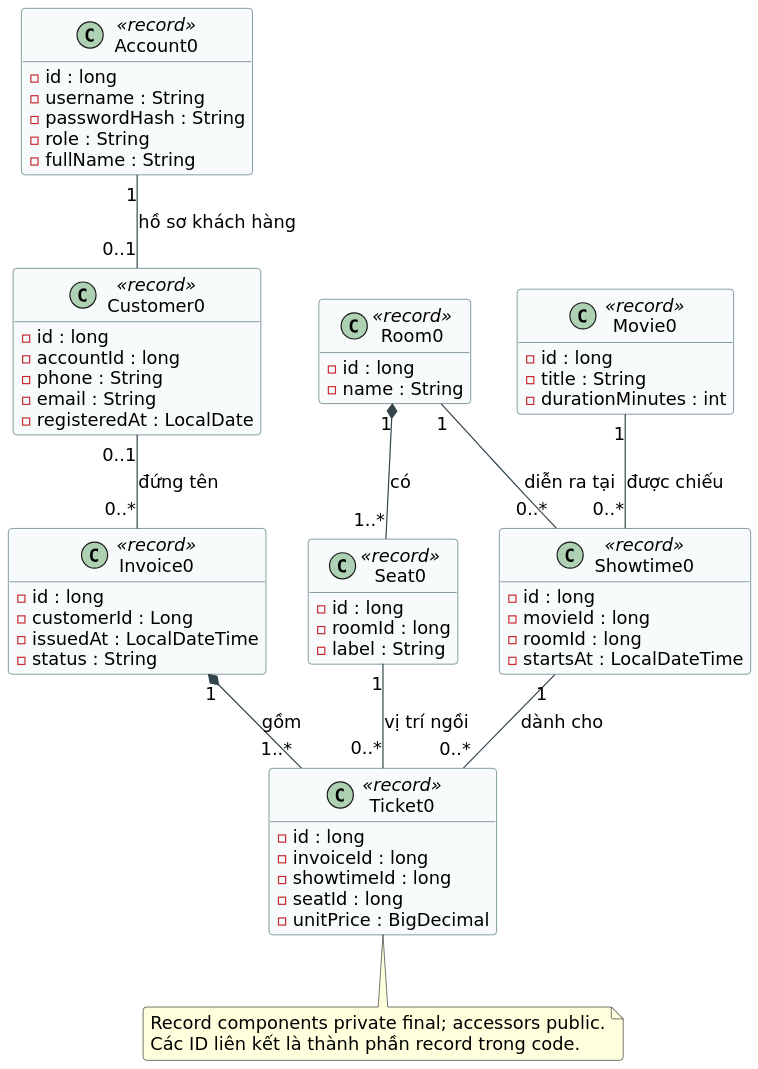
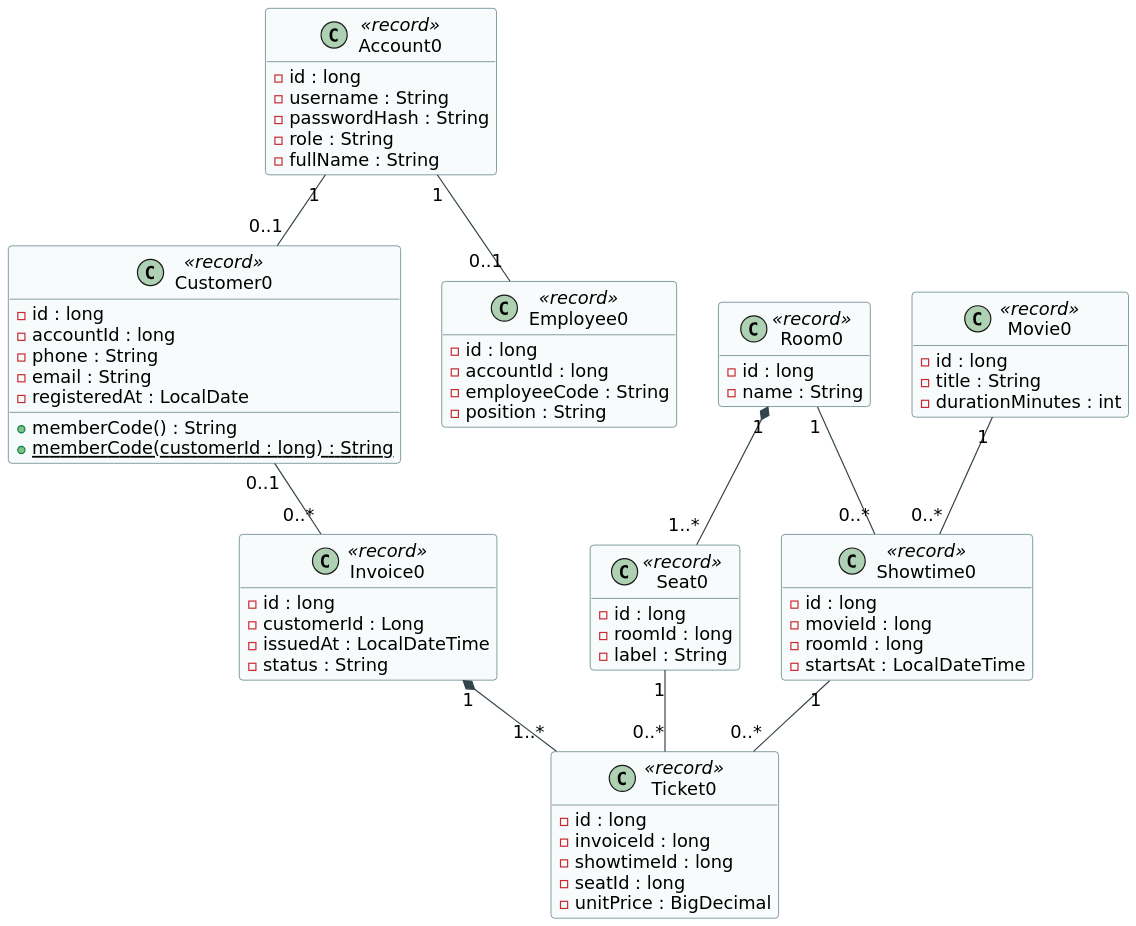
The diagram in uml/thiet-ke/07a-entities-design.puml (tinhatinh/PTTK), drawn with PlantUML before and after one commit. The commit also changed 97 other files, not shown here.

Commit message:
Finalize CineMan analysis design diagrams and report

```diff
--- a/uml/thiet-ke/07a-entities-design.puml
+++ b/uml/thiet-ke/07a-entities-design.puml
@@ -1,74 +1,79 @@
 @startuml 07a-entities-design
 skinparam defaultFontName DejaVu Sans
 skinparam defaultFontSize 15
 skinparam shadowing false
 skinparam backgroundColor white
 skinparam ArrowColor #33444C
 skinparam classBackgroundColor #F8FBFB
 skinparam classBorderColor #335D64
 skinparam packageBorderColor #60757D
 skinparam roundcorner 6
 skinparam dpi 150
 skinparam maxMessageSize 180
 hide empty members
 class Account0 <<record>> {
 -id : long
 -username : String
 -passwordHash : String
 -role : String
 -fullName : String
 }
 class Customer0 <<record>> {
 -id : long
 -accountId : long
 -phone : String
 -email : String
 -registeredAt : LocalDate
++memberCode() : String
++{static} memberCode(customerId : long) : String
+}
+class Employee0 <<record>> {
+-id : long
+-accountId : long
+-employeeCode : String
+-position : String
 }
 class Movie0 <<record>> {
 -id : long
 -title : String
 -durationMinutes : int
 }
 class Room0 <<record>> {
 -id : long
 -name : String
 }
 class Seat0 <<record>> {
 -id : long
 -roomId : long
 -label : String
 }
 class Showtime0 <<record>> {
 -id : long
 -movieId : long
 -roomId : long
 -startsAt : LocalDateTime
 }
 class Invoice0 <<record>> {
 -id : long
 -customerId : Long
 -issuedAt : LocalDateTime
 -status : String
 }
 class Ticket0 <<record>> {
 -id : long
 -invoiceId : long
 -showtimeId : long
 -seatId : long
 -unitPrice : BigDecimal
 }
-Account0 "1" -- "0..1" Customer0 : hồ sơ khách hàng
-Customer0 "0..1" -- "0..*" Invoice0 : đứng tên
-Invoice0 "1" *-- "1..*" Ticket0 : gồm
-Movie0 "1" -- "0..*" Showtime0 : được chiếu
-Room0 "1" -- "0..*" Showtime0 : diễn ra tại
-Room0 "1" *-- "1..*" Seat0 : có
-Showtime0 "1" -- "0..*" Ticket0 : dành cho
-Seat0 "1" -- "0..*" Ticket0 : vị trí ngồi
+Account0 "1" -- "0..1" Employee0
+Account0 "1" -- "0..1" Customer0
+Customer0 "0..1" -- "0..*" Invoice0
+Invoice0 "1" *-- "1..*" Ticket0
+Movie0 "1" -- "0..*" Showtime0
+Room0 "1" -- "0..*" Showtime0
+Room0 "1" *-- "1..*" Seat0
+Showtime0 "1" -- "0..*" Ticket0
+Seat0 "1" -- "0..*" Ticket0
 
-note bottom of Ticket0
-Record components private final; accessors public.
-Các ID liên kết là thành phần record trong code.
-end note
 @enduml
```
